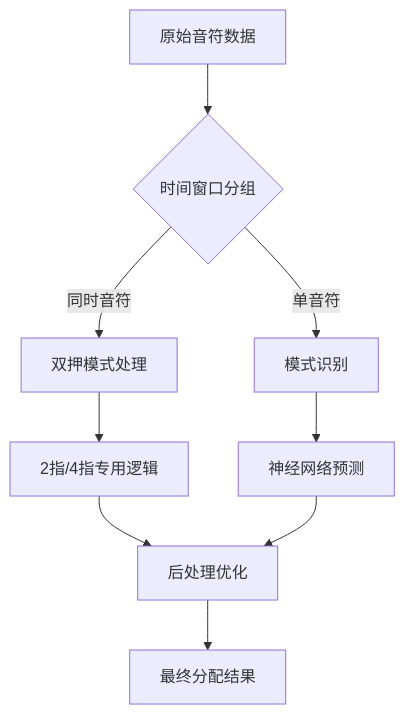
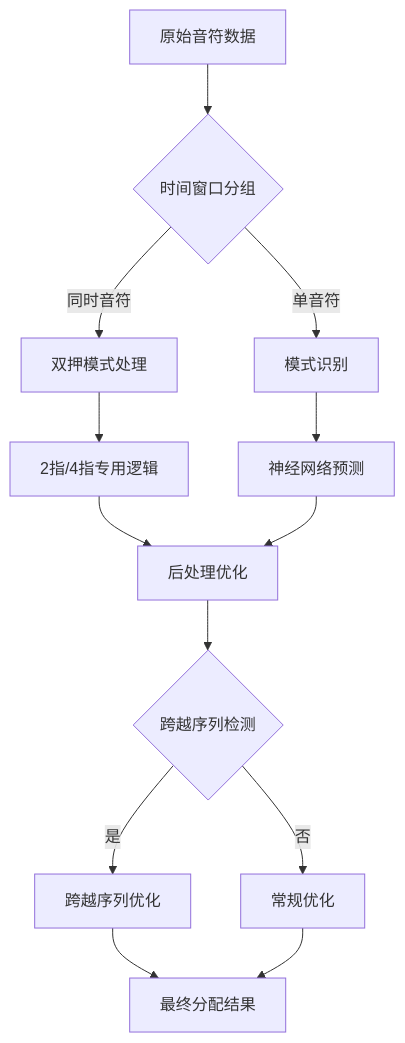
Before and after one commit to Winamin/Phigros-TK-render-lib: the diagram in prpr/src/hand_docs.md, drawn with Mermaid. The commit also changed other lines of this file and 9 other files, not shown here.

Commit message:
feat: Implement hand assignment based on world coordinates and crossing sequence detection

````diff
--- a/prpr/src/hand_docs.md
+++ b/prpr/src/hand_docs.md
@@ -77,11 +94,15 @@
 ```mermaid
 graph TD
     A[原始音符数据] --> B{时间窗口分组}
     B -->|同时音符| C[双押模式处理]
     B -->|单音符| D[模式识别]
     C --> E[2指/4指专用逻辑]
     D --> F[神经网络预测]
     E --> G[后处理优化]
     F --> G
-    G --> H[最终分配结果]
+    G --> H{跨越序列检测}
+    H -->|是| I[跨越序列优化]
+    H -->|否| J[常规优化]
+    I --> K[最终分配结果]
+    J --> K[最终分配结果]
 ```
````
